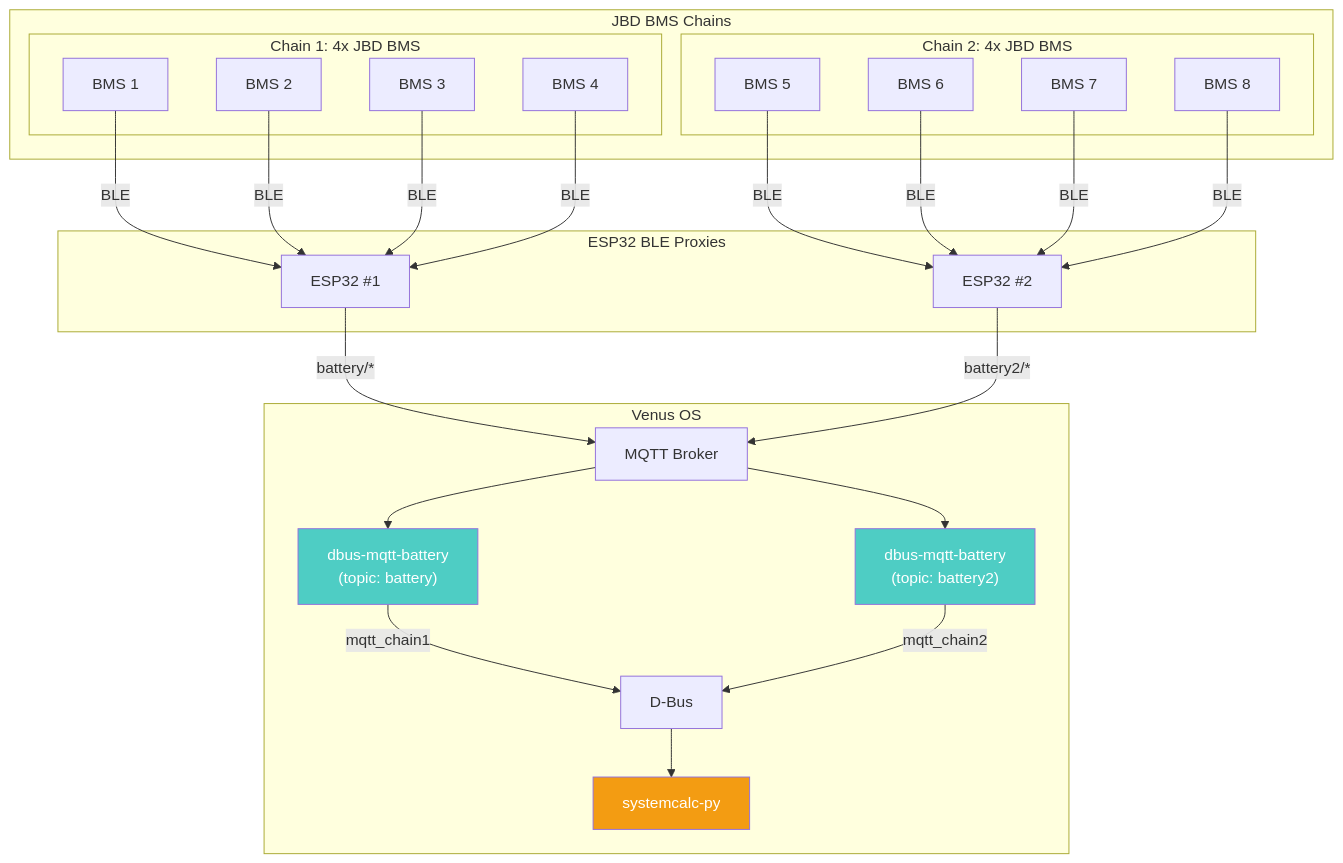
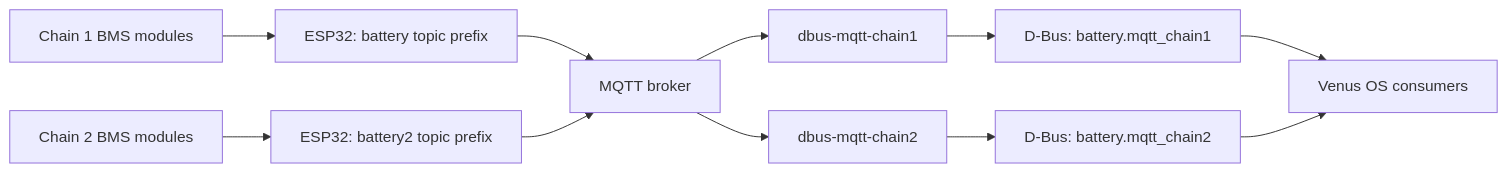
The diagram in .github/docs/system-architecture.md (victron-venus/dbus-mqtt-battery), drawn with Mermaid before and after one commit. The commit also changed other lines of this file and 1 other file, not shown here.

Commit message:
docs: correct MQTT chain architecture and deployment guidance (#122)

````diff
--- a/.github/docs/system-architecture.md
+++ b/.github/docs/system-architecture.md
@@ -5,35 +9,13 @@
 ```mermaid
-flowchart TB
-    subgraph Chained["JBD BMS Chains"]
-        subgraph Chain1["Chain 1: 4x JBD BMS"]
-            B1["BMS 1"]; B2["BMS 2"]; B3["BMS 3"]; B4["BMS 4"]
-        end
-        subgraph Chain2["Chain 2: 4x JBD BMS"]
-            B5["BMS 5"]; B6["BMS 6"]; B7["BMS 7"]; B8["BMS 8"]
-        end
-    end
-
-    subgraph ESP32["ESP32 BLE Proxies"]
-        E1["ESP32 #1"]; E2["ESP32 #2"]
-    end
-
-    subgraph Venus["Venus OS"]
-        MQTT["MQTT Broker"]
-        DMB1["dbus-mqtt-battery\n(topic: battery)"]
-        DMB2["dbus-mqtt-battery\n(topic: battery2)"]
-        DBUS["D-Bus"]
-        CALC["systemcalc-py"]
-    end
-
-    B1 & B2 & B3 & B4 -->|"BLE"| E1
-    B5 & B6 & B7 & B8 -->|"BLE"| E2
-    E1 -->|"battery/*"| MQTT; E2 -->|"battery2/*"| MQTT
-
-    MQTT --> DMB1 -->|"mqtt_chain1"| DBUS
-    MQTT --> DMB2 -->|"mqtt_chain2"| DBUS
-    DBUS --> CALC
-
-    style DMB1 fill:#4ecdc4,color:#fff
-    style DMB2 fill:#4ecdc4,color:#fff
-    style CALC fill:#f39c12,color:#fff
+flowchart LR
+    BMS1["Chain 1 BMS modules"] --> ESP1["ESP32: battery topic prefix"]
+    BMS2["Chain 2 BMS modules"] --> ESP2["ESP32: battery2 topic prefix"]
+    ESP1 --> MQTT["MQTT broker"]
+    ESP2 --> MQTT
+    MQTT --> DRIVER1["dbus-mqtt-chain1"]
+    MQTT --> DRIVER2["dbus-mqtt-chain2"]
+    DRIVER1 --> DBUS1["D-Bus: battery.mqtt_chain1"]
+    DRIVER2 --> DBUS2["D-Bus: battery.mqtt_chain2"]
+    DBUS1 --> GX["Venus OS consumers"]
+    DBUS2 --> GX
 ```
````
